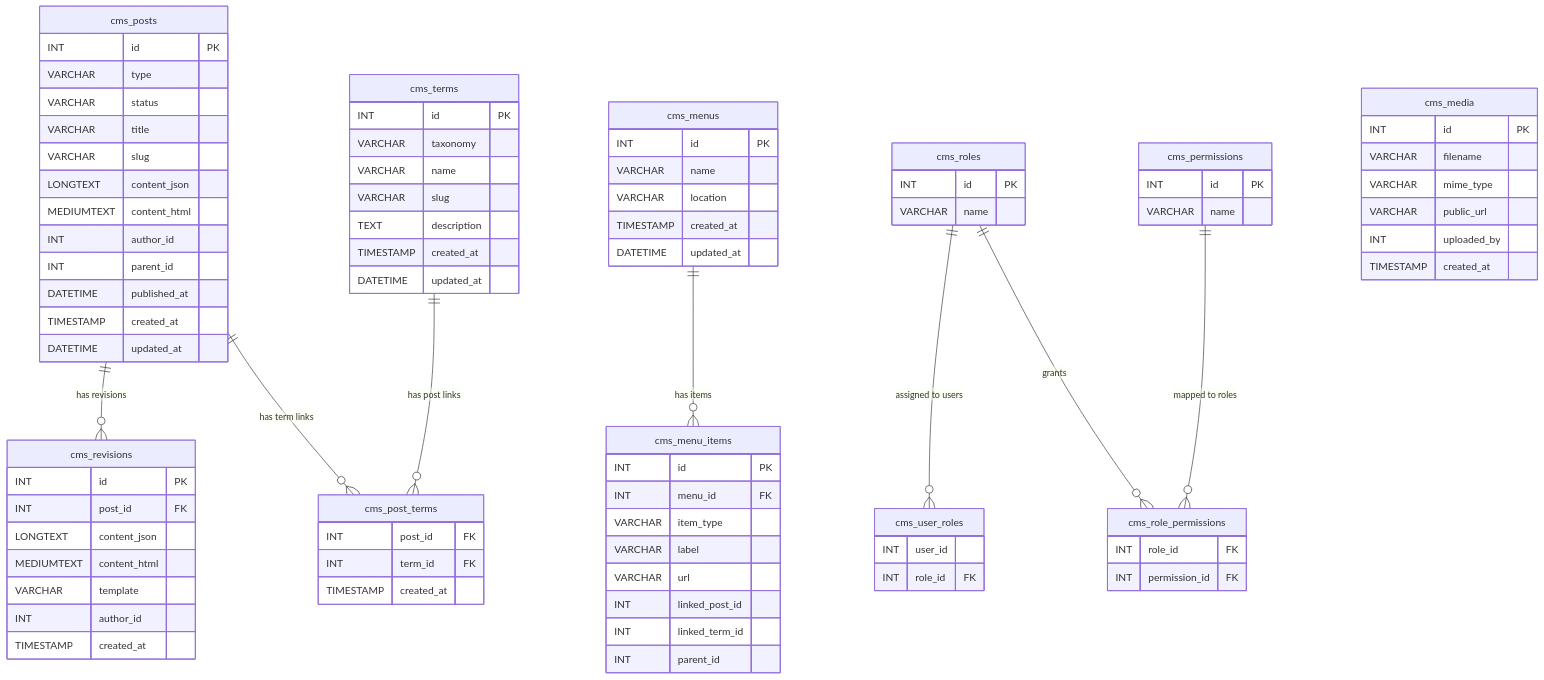
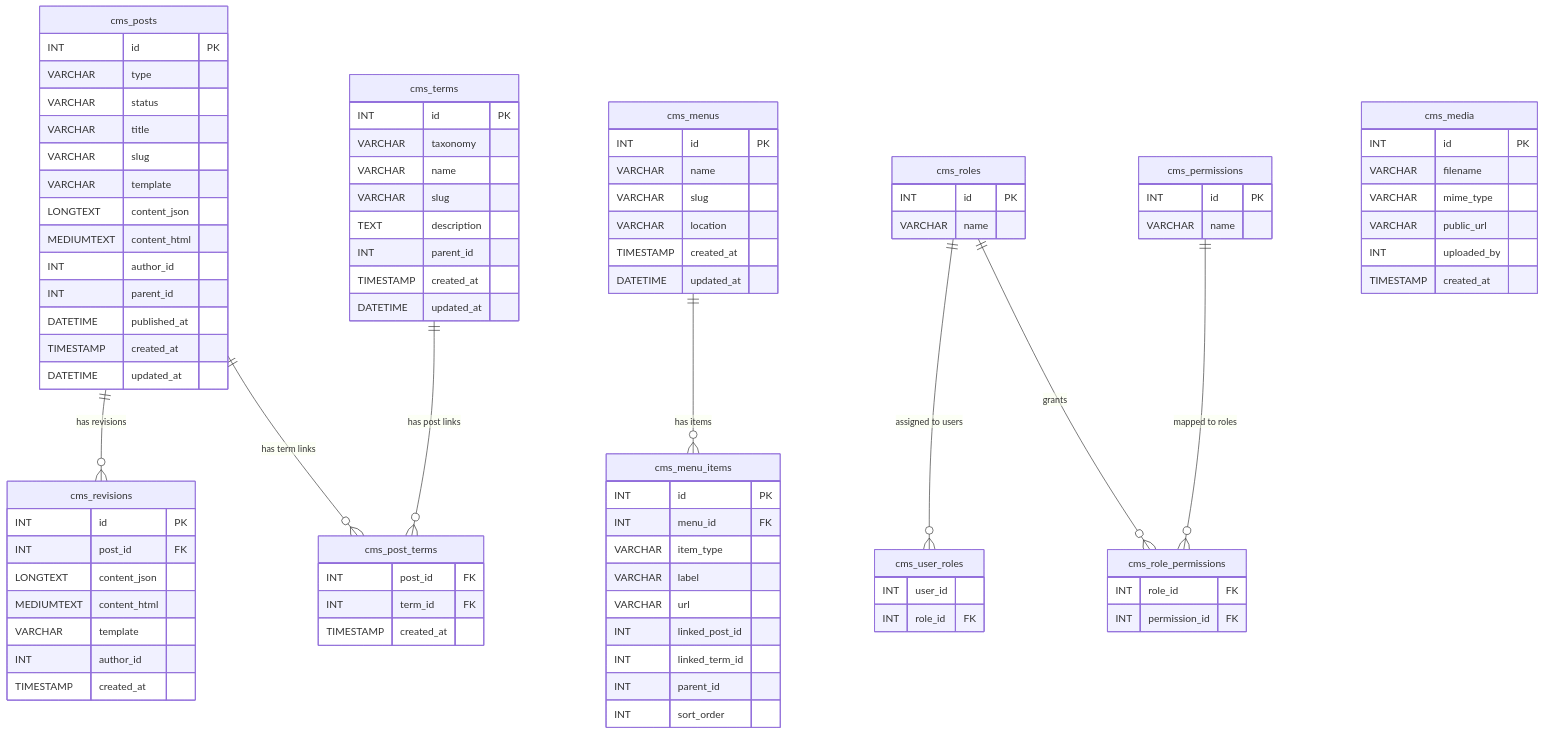
The fourth of 11 diagrams in docs/architecture.md (besmarques/React-Express-Mysql), drawn with Mermaid before and after one commit. The commit also changed other lines of this file and 77 other files, not shown here.

```diff
--- a/docs/architecture.md
+++ b/docs/architecture.md
@@ -188,6 +194,7 @@
         VARCHAR status
         VARCHAR title
         VARCHAR slug
+        VARCHAR template
         LONGTEXT content_json
         MEDIUMTEXT content_html
         INT author_id
@@ -213,6 +220,7 @@
         VARCHAR name
         VARCHAR slug
         TEXT description
+        INT parent_id
         TIMESTAMP created_at
         DATETIME updated_at
     }
@@ -235,6 +243,7 @@
     cms_menus {
         INT id PK
         VARCHAR name
+        VARCHAR slug
         VARCHAR location
         TIMESTAMP created_at
         DATETIME updated_at
@@ -249,6 +258,7 @@
         INT linked_post_id
         INT linked_term_id
         INT parent_id
+        INT sort_order
     }
 
     cms_roles {
```
